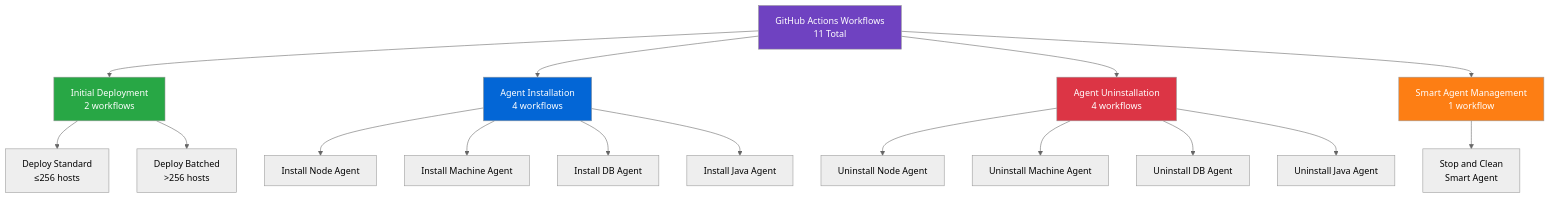
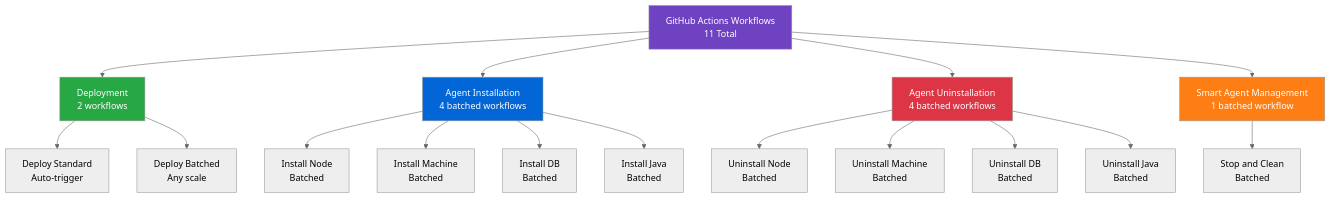
The fourth of 7 diagrams in ARCHITECTURE.md (chambear2809/github-actions-lab), drawn with Mermaid (neutral theme) before and after one commit. The commit also changed 2 other files, not shown here.

Commit message:
Docs: Update all documentation for batched workflow architecture
- Updated README with complete 11-workflow list
- All batched workflows clearly labeled
- Added workflow scale capabilities (Any vs optimized for >256)
- Updated DEPLOYMENT_GUIDE with batched workflow commands
- Comprehensive CLI examples for all 11 workflows
- Updated repository structure showing batched filenames
- Refreshed ARCHITECTURE.md workflow diagrams
- Emphasize: batched workflows work for ANY scale (1 to thousands)
- Total: 2 deployment + 9 batched operation workflows = 11 total

````diff
--- a/ARCHITECTURE.md
+++ b/ARCHITECTURE.md
@@ -94,30 +94,30 @@
 ```mermaid
 graph TD
     Root[GitHub Actions Workflows<br/>11 Total]
     
-    Root --> Deploy[Initial Deployment<br/>2 workflows]
-    Root --> Install[Agent Installation<br/>4 workflows]
-    Root --> Uninstall[Agent Uninstallation<br/>4 workflows]
-    Root --> Manage[Smart Agent Management<br/>1 workflow]
+    Root --> Deploy[Deployment<br/>2 workflows]
+    Root --> Install[Agent Installation<br/>4 batched workflows]
+    Root --> Uninstall[Agent Uninstallation<br/>4 batched workflows]
+    Root --> Manage[Smart Agent Management<br/>1 batched workflow]
 
-    Deploy --> D1[Deploy Standard<br/>≤256 hosts]
-    Deploy --> D2[Deploy Batched<br/>>256 hosts]
+    Deploy --> D1[Deploy Standard<br/>Auto-trigger]
+    Deploy --> D2[Deploy Batched<br/>Any scale]
     
-    Install --> I1[Install Node Agent]
-    Install --> I2[Install Machine Agent]
-    Install --> I3[Install DB Agent]
-    Install --> I4[Install Java Agent]
+    Install --> I1[Install Node<br/>Batched]
+    Install --> I2[Install Machine<br/>Batched]
+    Install --> I3[Install DB<br/>Batched]
+    Install --> I4[Install Java<br/>Batched]
     
-    Uninstall --> U1[Uninstall Node Agent]
-    Uninstall --> U2[Uninstall Machine Agent]
-    Uninstall --> U3[Uninstall DB Agent]
-    Uninstall --> U4[Uninstall Java Agent]
+    Uninstall --> U1[Uninstall Node<br/>Batched]
+    Uninstall --> U2[Uninstall Machine<br/>Batched]
+    Uninstall --> U3[Uninstall DB<br/>Batched]
+    Uninstall --> U4[Uninstall Java<br/>Batched]
     
-    Manage --> M1[Stop and Clean<br/>Smart Agent]
+    Manage --> M1[Stop and Clean<br/>Batched]
 
     style Root fill:#6f42c1,color:#fff
     style Deploy fill:#28a745,color:#fff
     style Install fill:#0366d6,color:#fff
     style Uninstall fill:#dc3545,color:#fff
     style Manage fill:#fd7e14,color:#fff
 ```
````
